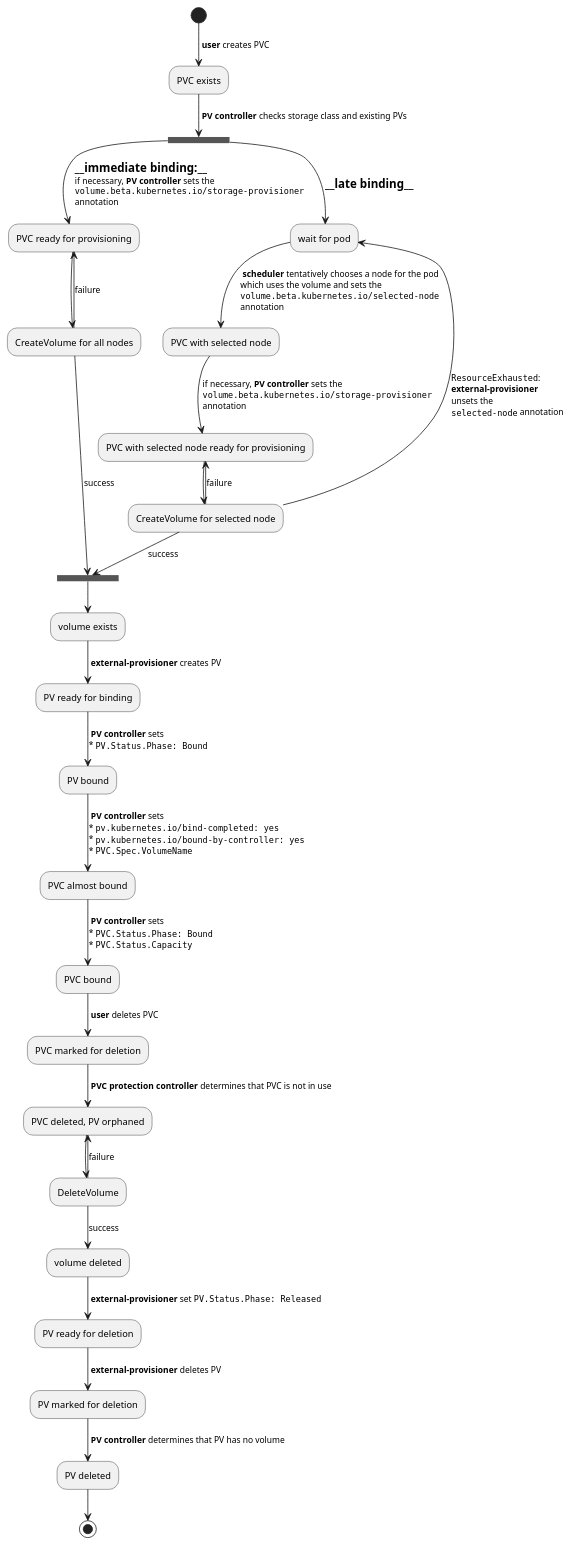
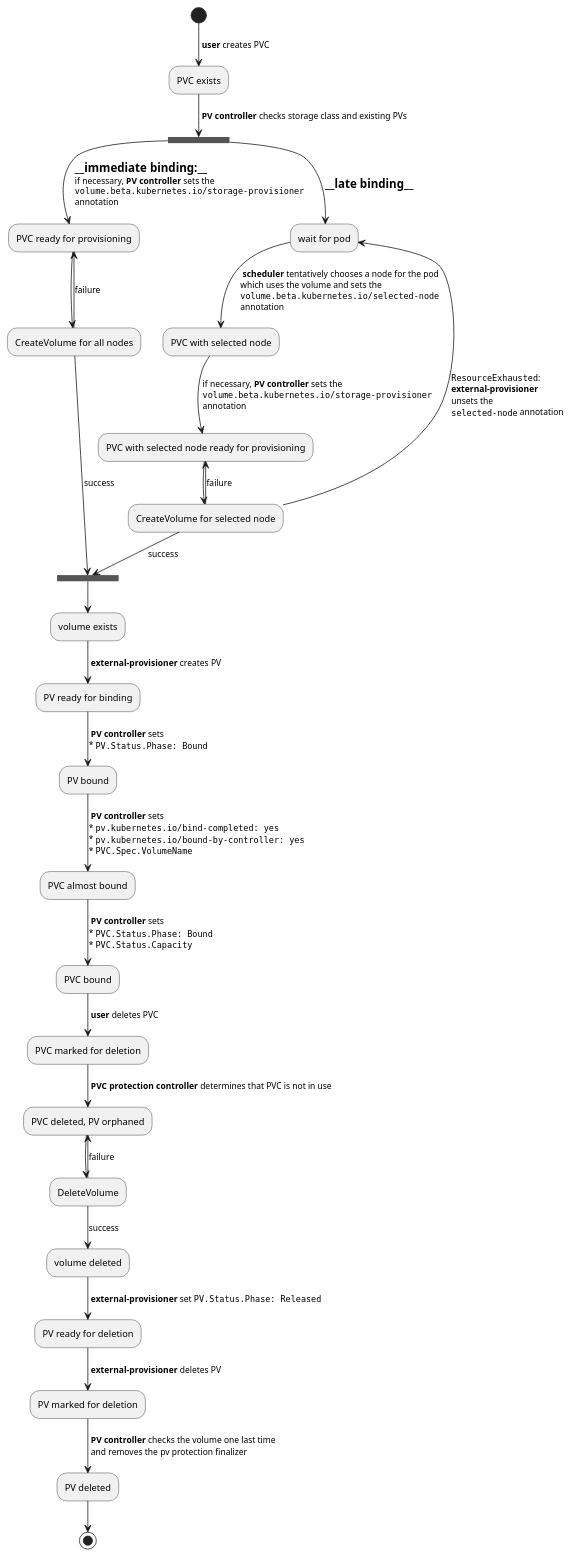
One commit to kubernetes-csi/external-provisioner changed the diagram in doc/provisioning.puml. Above: the diagram before and after it, drawn with PlantUML. The commit also changed 1 other file, not shown here.

Commit message:
flow diagram: reworded last step
It is not entirely clear why the PV controller keeps the finalizer set
until after the PV is
deleted (https://github.com/kubernetes-csi/external-provisioner/pull/532#issuecomment-745517557).

Instead of saying "determines that PV has no volume" it's better to
keep this a bit more open-ended.

```diff
--- a/doc/provisioning.puml
+++ b/doc/provisioning.puml
@@ -1,32 +1,32 @@
 @startuml
 (*) -->[ **user** creates PVC ] "PVC exists"
 -->[ **PV controller** checks storage class and existing PVs ] ==B1==
 
 ==B1== -->[= __immediate binding:__\lif necessary, **PV controller** sets the\l""volume.beta.kubernetes.io/storage-provisioner""\lannotation] "PVC ready for provisioning" as PVC_READY_IMMEDIATE
   -->"CreateVolume for all nodes" as CREATE_VOLUME_ALL
   -->[failure] "PVC_READY_IMMEDIATE"
   CREATE_VOLUME_ALL -->[success] ==B2==
 
 ==B1== -->[= __late binding__] "wait for pod" as POD
   -->[ **scheduler** tentatively chooses a node for the pod\lwhich uses the volume and sets the\l""volume.beta.kubernetes.io/selected-node""\lannotation ] "PVC with selected node" as PVC_SELECTED
   -->[if necessary, **PV controller** sets the\l""volume.beta.kubernetes.io/storage-provisioner""\lannotation ] "PVC with selected node ready for provisioning" as PVC_SELECTED_READY
   --> "CreateVolume for selected node" as CREATE_VOLUME_SELECTED
   -->[""ResourceExhausted"":\l**external-provisioner**\lunsets the\l""selected-node"" annotation] "POD"
   CREATE_VOLUME_SELECTED -->[failure] "PVC_SELECTED_READY"
   CREATE_VOLUME_SELECTED -->[success] ==B2==
 
 ==B2== --> "volume exists" as VOLUME_EXISTS
 -->[ **external-provisioner** creates PV ] "PV ready for binding"
 -->[ **PV controller** sets\l* ""PV.Status.Phase: Bound"" ] "PV bound"
 -->[ **PV controller** sets\l* ""pv.kubernetes.io/bind-completed: yes""\l* ""pv.kubernetes.io/bound-by-controller: yes""\l* ""PVC.Spec.VolumeName""] "PVC almost bound"
 -->[ **PV controller** sets\l* ""PVC.Status.Phase: Bound""\l* ""PVC.Status.Capacity"" ] "PVC bound"
 -->[ **user** deletes PVC ] "PVC marked for deletion"
 -->[ **PVC protection controller** determines that PVC is not in use ] "PVC deleted, PV orphaned" as VOLUME_READY_FOR_DELETION
 --> "DeleteVolume"
 DeleteVolume -->[failure] VOLUME_READY_FOR_DELETION
 DeleteVolume -->[success] "volume deleted"
 -->[ **external-provisioner** set ""PV.Status.Phase: Released"" ] "PV ready for deletion" as PV_READY_FOR_DELETION
 -->[ **external-provisioner** deletes PV ] "PV marked for deletion"
--->[ **PV controller** determines that PV has no volume ] "PV deleted"
+-->[ **PV controller** checks the volume one last time\l and removes the pv protection finalizer ] "PV deleted"
 --> (*)
 @enduml
```
